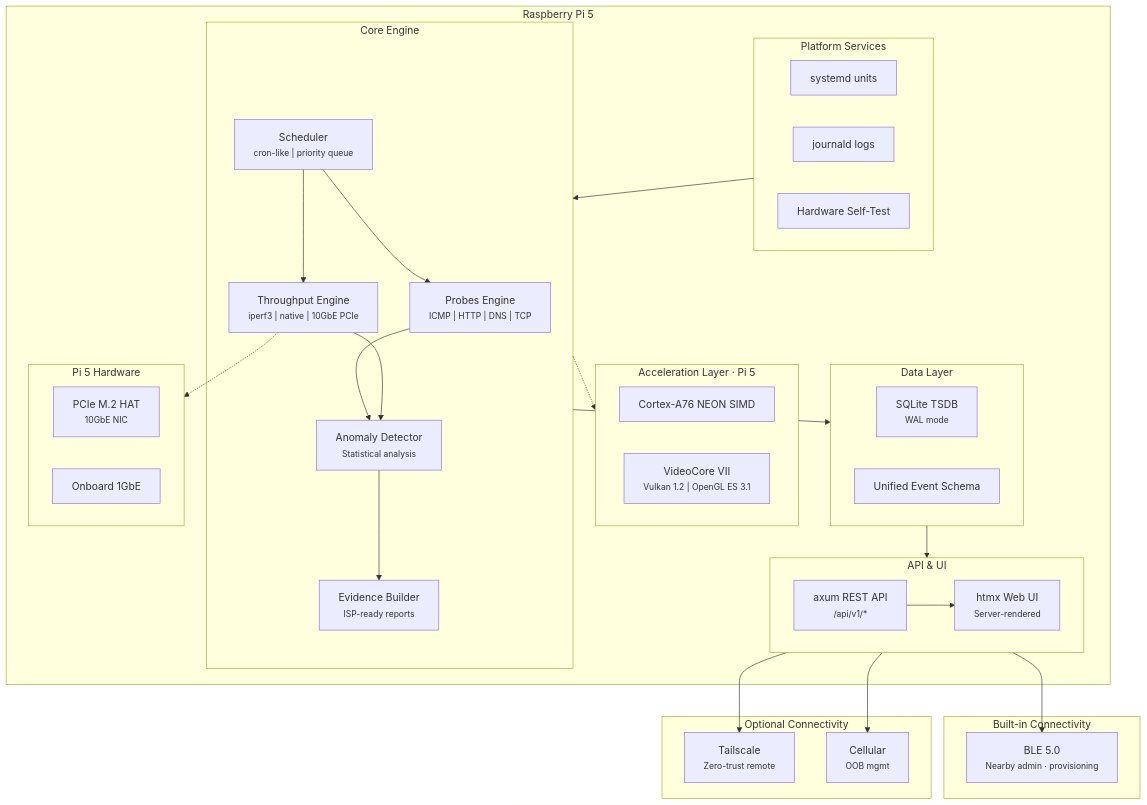
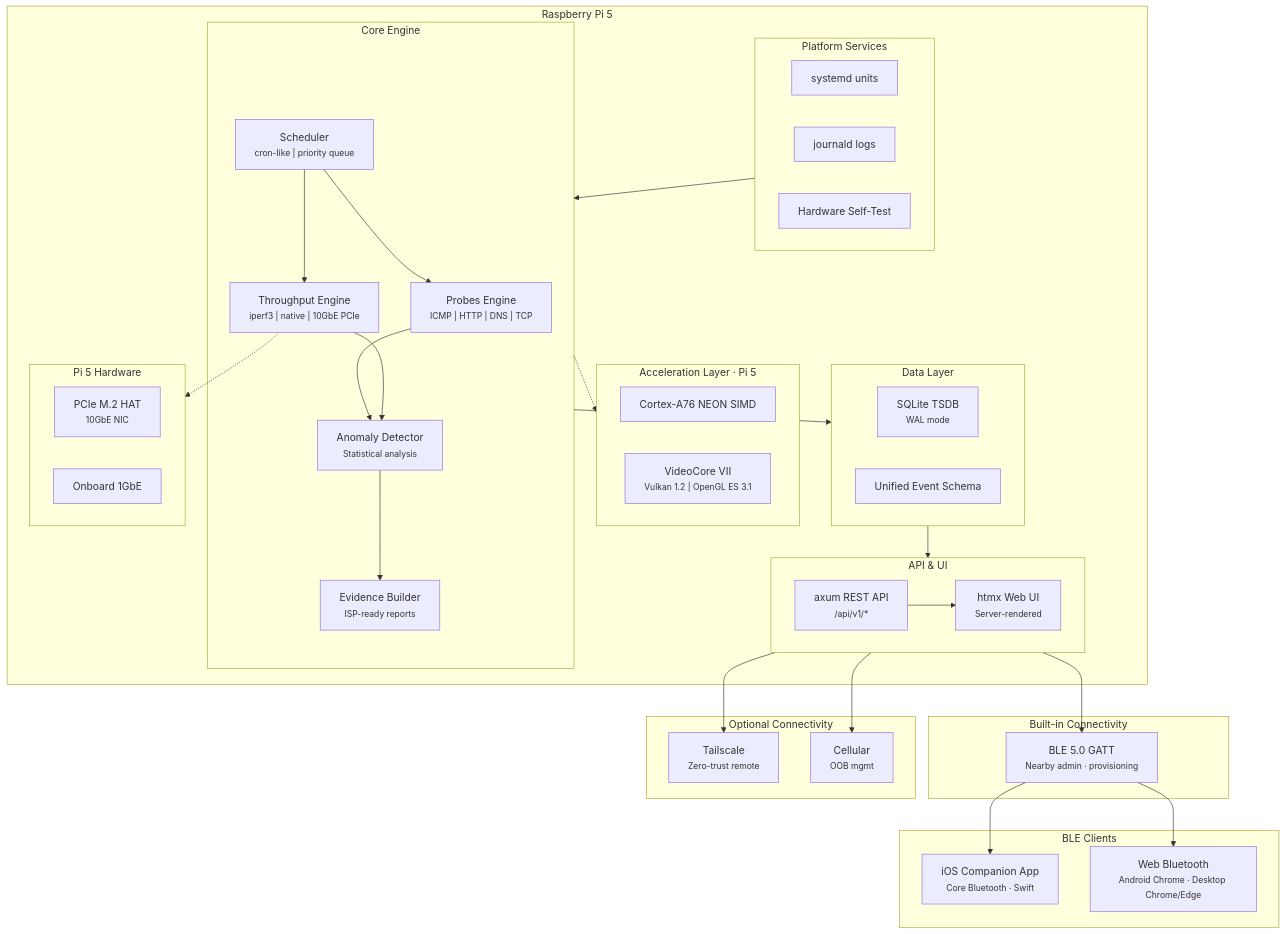
One commit to ParkWardRR/PacketParamedic changed the first of 3 diagrams in README.md. Above: the diagram before and after it, drawn with Mermaid. The commit also changed other lines of this file and 2 other files, not shown here.

First line of the commit message:
Add iOS companion app and Web Bluetooth support to platform documentation.

````diff
--- a/README.md
+++ b/README.md
@@ -61,63 +61,70 @@
 ```mermaid
 graph TB
     subgraph RaspberryPi["Raspberry Pi 5"]
         subgraph Core["Core Engine"]
             Probes["Probes Engine<br/><small>ICMP | HTTP | DNS | TCP</small>"]
             Throughput["Throughput Engine<br/><small>iperf3 | native | 10GbE PCIe</small>"]
             Scheduler["Scheduler<br/><small>cron-like | priority queue</small>"]
             Detect["Anomaly Detector<br/><small>Statistical analysis</small>"]
             Evidence["Evidence Builder<br/><small>ISP-ready reports</small>"]
             Scheduler --> Probes
             Scheduler --> Throughput
             Probes --> Detect
             Throughput --> Detect
             Detect --> Evidence
         end
 
         subgraph Accel["Acceleration Layer · Pi 5"]
             NEON["Cortex-A76 NEON SIMD"]
             GPU["VideoCore VII<br/><small>Vulkan 1.2 | OpenGL ES 3.1</small>"]
         end
 
         subgraph Data["Data Layer"]
             SQLite["SQLite TSDB<br/><small>WAL mode</small>"]
             Schema["Unified Event Schema"]
         end
 
         subgraph API["API & UI"]
             Axum["axum REST API<br/><small>/api/v1/*</small>"]
             HTMX["htmx Web UI<br/><small>Server-rendered</small>"]
             Axum --> HTMX
         end
 
         subgraph Platform["Platform Services"]
             Systemd["systemd units"]
             Journald["journald logs"]
             Selftest["Hardware Self-Test"]
         end
 
         subgraph HW["Pi 5 Hardware"]
             PCIe["PCIe M.2 HAT<br/><small>10GbE NIC</small>"]
             Onboard["Onboard 1GbE"]
         end
 
         Core --> Data
         Core -.-> Accel
         Data --> API
         Platform --> Core
         Throughput -.-> HW
     end
 
     subgraph Builtin["Built-in Connectivity"]
-        BLE["BLE 5.0<br/><small>Nearby admin · provisioning</small>"]
+        BLE["BLE 5.0 GATT<br/><small>Nearby admin · provisioning</small>"]
+    end
+
+    subgraph Clients["BLE Clients"]
+        iOS["iOS Companion App<br/><small>Core Bluetooth · Swift</small>"]
+        WebBLE["Web Bluetooth<br/><small>Android Chrome · Desktop Chrome/Edge</small>"]
     end
 
     subgraph Optional["Optional Connectivity"]
         Tailscale["Tailscale<br/><small>Zero-trust remote</small>"]
         Cellular["Cellular<br/><small>OOB mgmt</small>"]
     end
 
     API --> BLE
+    BLE --> iOS
+    BLE --> WebBLE
     API --> Tailscale
     API --> Cellular
 ```
````
